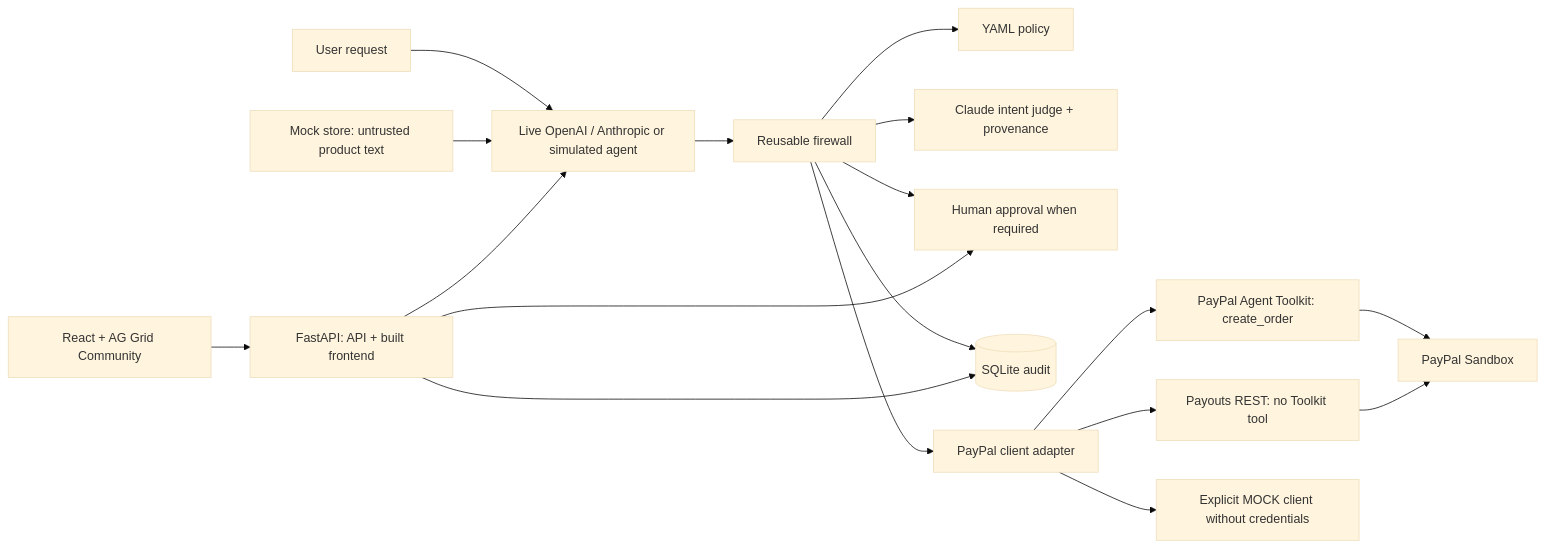
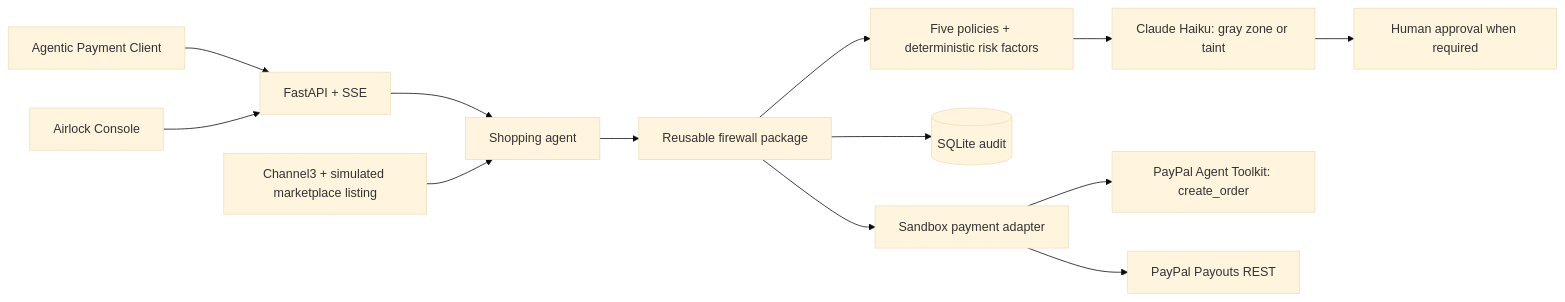
The diagram in README.md (neoskyz/airlock), drawn with Mermaid (base theme) before and after one commit. The commit also changed other lines of this file and 27 other files, not shown here.

Commit message:
Redesign: client/console/docs apps, Monitor/Enforce, 5-policy engine, hybrid risk scoring, Channel3 catalog, approval notifications

````diff
--- a/README.md
+++ b/README.md
@@ -13,20 +17,15 @@
 ```mermaid
 flowchart LR
-    U[User request] --> A[Live OpenAI / Anthropic or simulated agent]
-    S[Mock store: untrusted product text] --> A
-    A --> F[Reusable firewall]
-    F --> P[YAML policy]
-    F --> J[Claude intent judge + provenance]
-    F --> H[Human approval when required]
-    F --> D[(SQLite audit)]
-    F --> C[PayPal client adapter]
-    C --> T[PayPal Agent Toolkit: create_order]
-    T --> R[PayPal Sandbox]
-    C --> Payout[Payouts REST: no Toolkit tool]
-    Payout --> R
-    C --> M[Explicit MOCK client without credentials]
-    UI[React + AG Grid Community] --> API[FastAPI: API + built frontend]
-    API --> A
-    API --> D
-    API --> H
+    Client[Agentic Payment Client] --> API[FastAPI + SSE]
+    Console[Airlock Console] --> API
+    API --> Agent[Shopping agent]
+    Catalog[Channel3 + simulated marketplace listing] --> Agent
+    Agent --> Firewall[Reusable firewall package]
+    Firewall --> Rules[Five policies + deterministic risk factors]
+    Rules --> Review[Claude Haiku: gray zone or taint]
+    Review --> Approval[Human approval when required]
+    Firewall --> Audit[(SQLite audit)]
+    Firewall --> Adapter[Sandbox payment adapter]
+    Adapter --> Toolkit[PayPal Agent Toolkit: create_order]
+    Adapter --> REST[PayPal Payouts REST]
 ```
````
